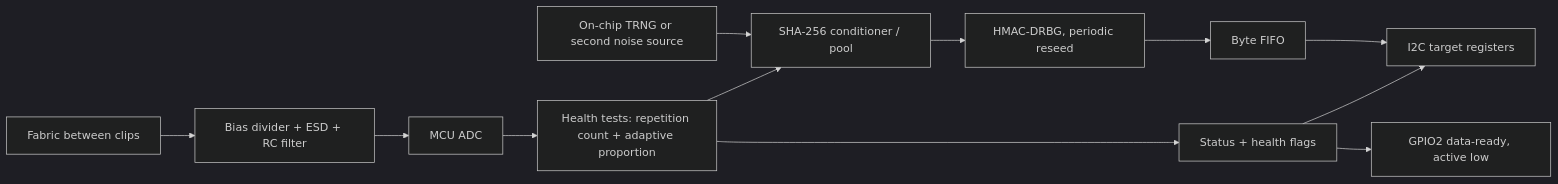
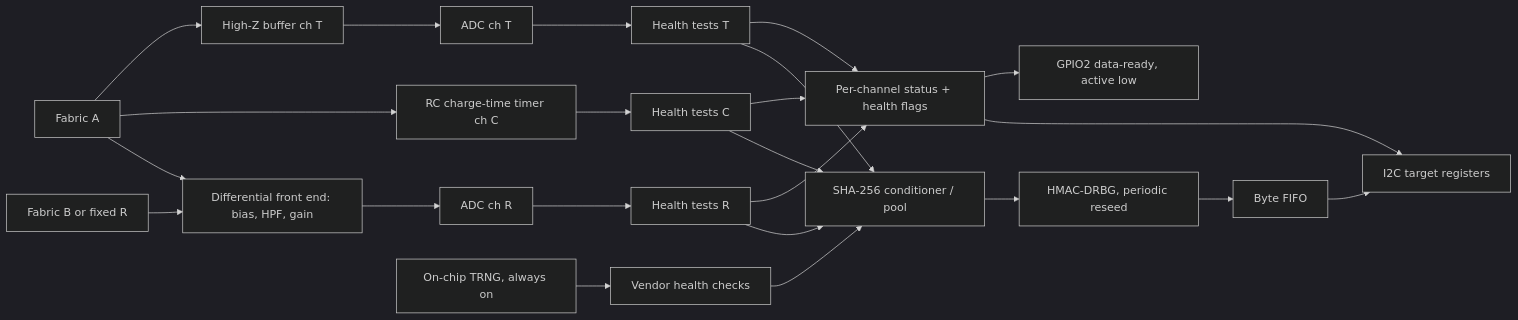
The diagram in planning-design/rng/README.md (ParkWardRR/sao-lab), drawn with Mermaid (dark theme) before and after one commit. The commit also changed other lines of this file and 1 other file, not shown here.

First line of the commit message:
docs(rng): plan differential, AC-coupled, multi-channel front end

````diff
--- a/planning-design/rng/README.md
+++ b/planning-design/rng/README.md
@@ -20,14 +41,24 @@
 ```mermaid
 flowchart LR
-    F[Fabric between clips] --> AFE[Bias divider + ESD + RC filter]
-    AFE --> ADC[MCU ADC]
-    TRNG[On-chip TRNG or second noise source] --> POOL
-    ADC --> HT[Health tests: repetition count + adaptive proportion]
-    HT --> POOL[SHA-256 conditioner / pool]
+    FA[Fabric A] --> DIFF[Differential front end: bias, HPF, gain]
+    FB[Fabric B or fixed R] --> DIFF
+    DIFF --> ADCR[ADC ch R]
+    FA --> CAP[RC charge-time timer ch C]
+    FA --> TRI[High-Z buffer ch T] --> ADCT[ADC ch T]
+    ADCR --> HTR[Health tests R]
+    CAP --> HTC[Health tests C]
+    ADCT --> HTT[Health tests T]
+    TRNG[On-chip TRNG, always on] --> HTV[Vendor health checks]
+    HTR --> POOL
+    HTC --> POOL
+    HTT --> POOL
+    HTV --> POOL[SHA-256 conditioner / pool]
     POOL --> DRBG[HMAC-DRBG, periodic reseed]
     DRBG --> FIFO[Byte FIFO]
     FIFO --> I2C[I2C target registers]
-    HT --> ST[Status + health flags]
+    HTR --> ST[Per-channel status + health flags]
+    HTC --> ST
+    HTT --> ST
     ST --> I2C
     ST --> G2[GPIO2 data-ready, active low]
 ```
````
